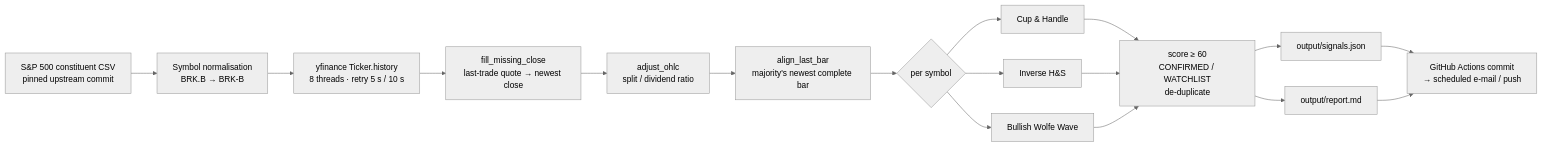
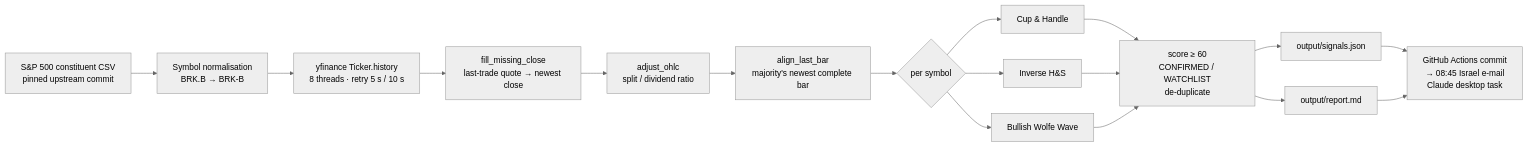
The diagram in README.md (yanivil/SignalSync), drawn with Mermaid (neutral theme) before and after one commit. The commit also changed 3 other files, not shown here.

First line of the commit message:
docs: report is e-mailed by a Claude desktop task at 08:45 Israel time

````diff
--- a/README.md
+++ b/README.md
@@ -21,16 +21,16 @@
 ```mermaid
 flowchart LR
     A[S&P 500 constituent CSV<br/>pinned upstream commit] --> B[Symbol normalisation<br/>BRK.B → BRK-B]
     B --> C[yfinance Ticker.history<br/>8 threads · retry 5 s / 10 s]
     C --> D[fill_missing_close<br/>last-trade quote → newest close]
     D --> E[adjust_ohlc<br/>split / dividend ratio]
     E --> F[align_last_bar<br/>majority's newest complete bar]
     F --> G{per symbol}
     G --> H[Cup & Handle]
     G --> I[Inverse H&S]
     G --> J[Bullish Wolfe Wave]
     H & I & J --> K[score ≥ 60<br/>CONFIRMED / WATCHLIST<br/>de-duplicate]
     K --> L[output/signals.json]
     K --> M[output/report.md]
-    L & M --> N[GitHub Actions commit<br/>→ scheduled e-mail / push]
+    L & M --> N[GitHub Actions commit<br/>→ 08:45 Israel e-mail<br/>Claude desktop task]
 ```
````
